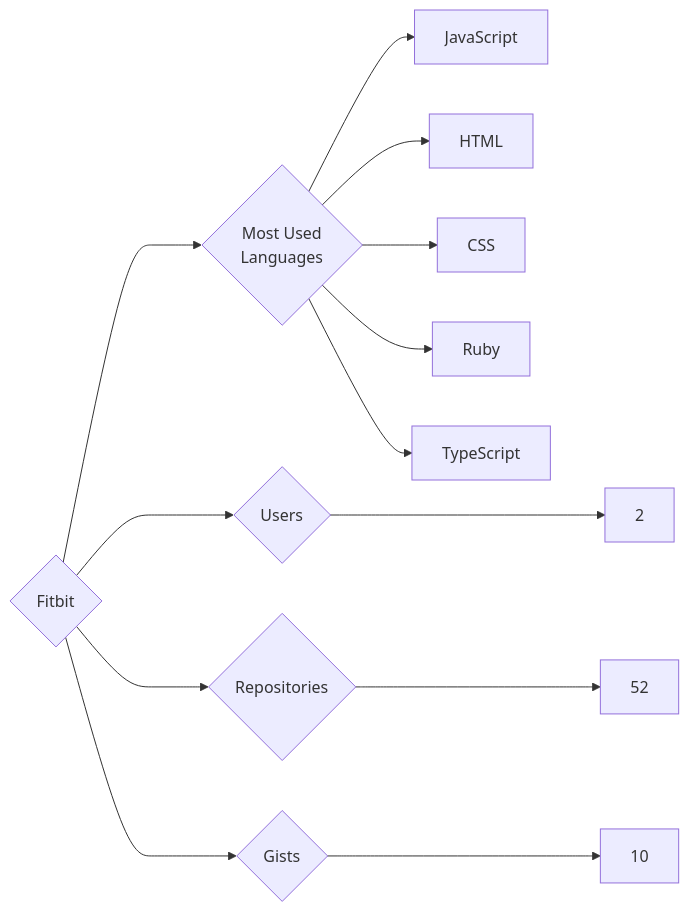
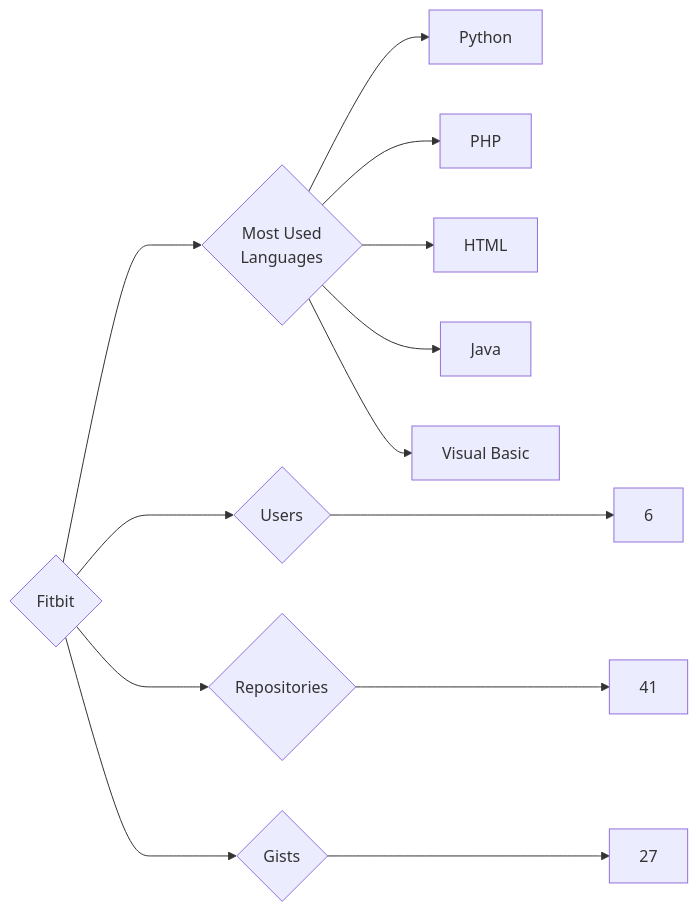
The diagram in targets/Fitbit/README.md (trickest/insiders), drawn with Mermaid before and after one commit. The commit also changed 1175 other files, not shown here.

````diff
--- a/targets/Fitbit/README.md
+++ b/targets/Fitbit/README.md
@@ -3,13 +3,13 @@
 ```mermaid
 graph LR
 COMPANY_NAME{Fitbit}
-COMPANY_NAME ---> U{Users} ---> UN[2]
-COMPANY_NAME ---> R{Repositories} ---> RN[52]
-COMPANY_NAME ---> G{Gists} ---> GN[10]
+COMPANY_NAME ---> U{Users} ---> UN[6]
+COMPANY_NAME ---> R{Repositories} ---> RN[41]
+COMPANY_NAME ---> G{Gists} ---> GN[27]
 COMPANY_NAME ---> ML{Most Used<br>Languages}
-ML --> JavaScript[JavaScript]
+ML --> Python[Python]
+ML --> PHP[PHP]
 ML --> HTML[HTML]
-ML --> CSS[CSS]
-ML --> Ruby[Ruby]
-ML --> TypeScript[TypeScript]
+ML --> Java[Java]
+ML --> Visual_Basic[Visual Basic]
 ```
````
